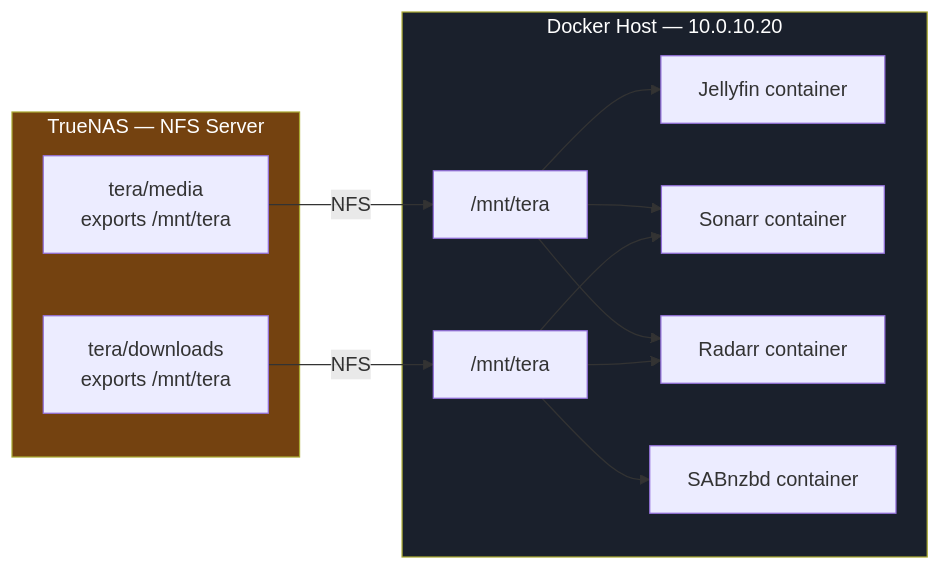
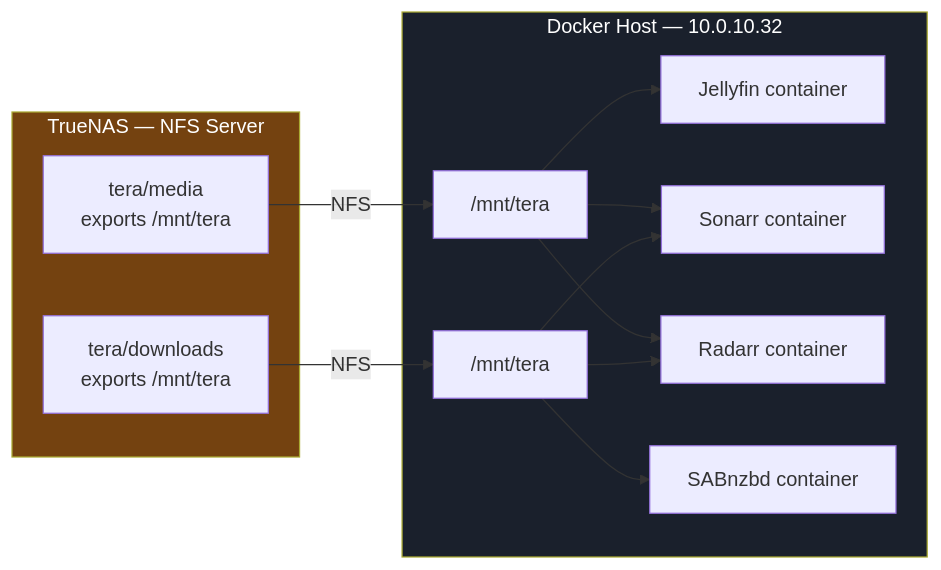
One commit to Kagiso-me/homelab-infrastructure changed the second of 3 diagrams in docker/docs/02_docker_installation_and_filesystem.md. Above: the diagram before and after it, drawn with Mermaid. The commit also changed other lines of this file and 45 other files, not shown here.

First line of the commit message:
Add ADR-005 for self-hosted GitHub Actions runners and create roadmap HTML

````diff
--- a/docker/docs/02_docker_installation_and_filesystem.md
+++ b/docker/docs/02_docker_installation_and_filesystem.md
@@ -286,28 +286,28 @@
 ```mermaid
 graph LR
     subgraph TrueNAS ["TrueNAS — NFS Server"]
         T1["tera/media\nexports /mnt/tera"]
         T2["tera/downloads\nexports /mnt/tera"]
     end
 
-    subgraph DockerHost ["Docker Host — 10.0.10.20"]
+    subgraph DockerHost ["Docker Host — 10.0.10.32"]
         M1["/mnt/tera"]
         M2["/mnt/tera"]
         Jellyfin["Jellyfin container"]
         Sonarr["Sonarr container"]
         Radarr["Radarr container"]
         SABnzbd["SABnzbd container"]
     end
 
     T1 -->|NFS| M1
     T2 -->|NFS| M2
     M1 --> Jellyfin
     M1 --> Sonarr
     M1 --> Radarr
     M2 --> Sonarr
     M2 --> Radarr
     M2 --> SABnzbd
 
     style TrueNAS fill:#744210,color:#fff
     style DockerHost fill:#1a202c,color:#fff
 ```
````
